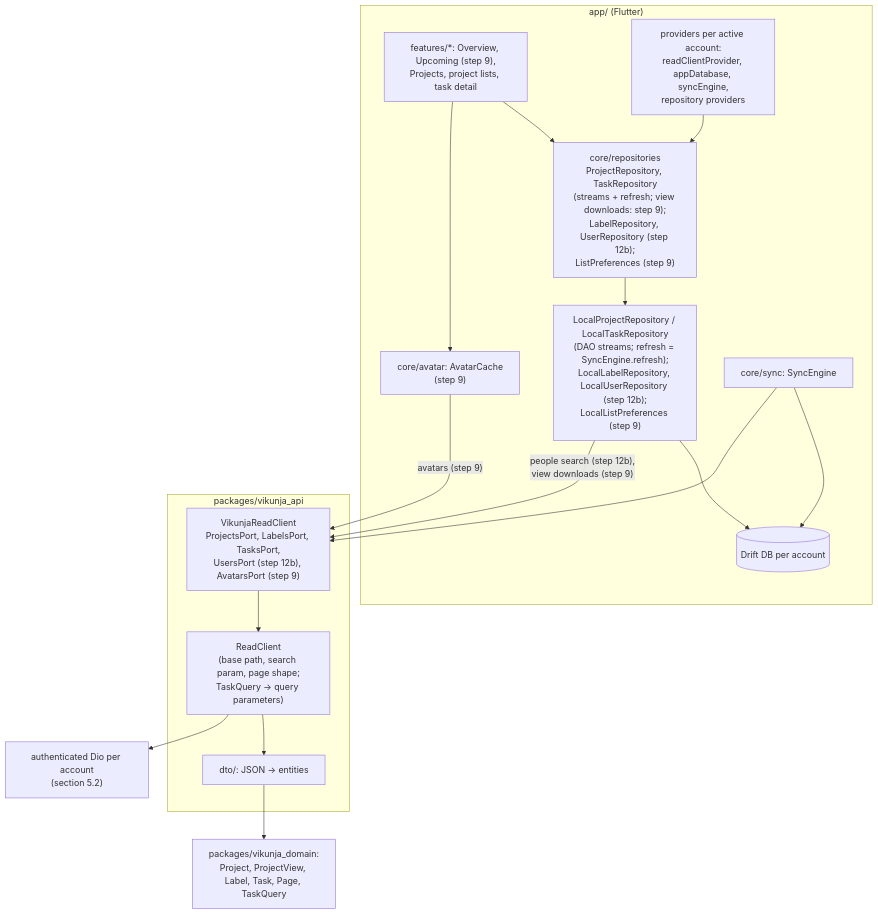
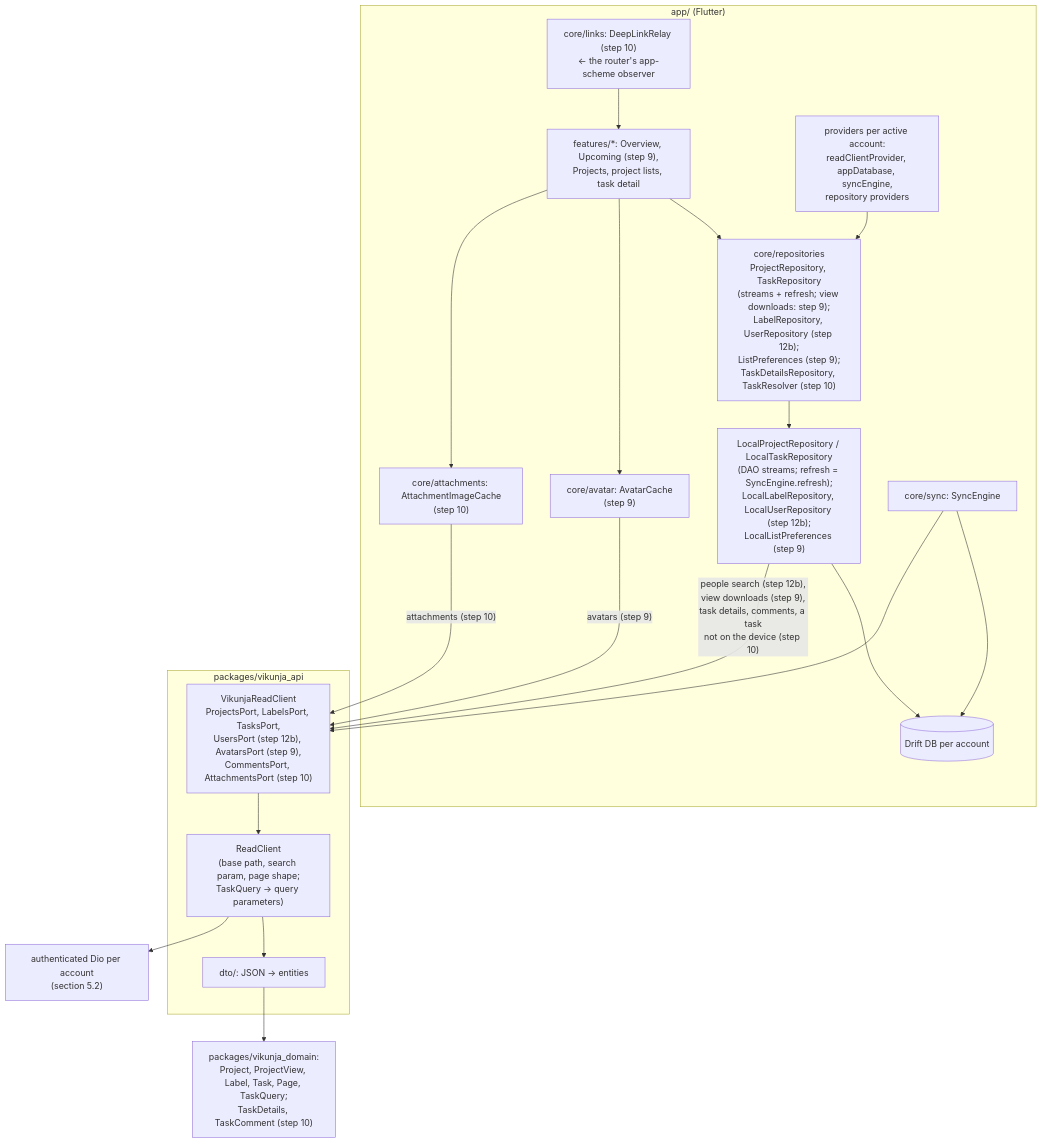
The fifth of 11 diagrams in docs/architecture.md (coderoftime/vikunja-app-ci-test), drawn with Mermaid before and after one commit. The commit also changed other lines of this file and 145 other files, not shown here.

First line of the commit message:
feat: complete task detail with rich text, attachments, comments and deep links

````diff
--- a/docs/architecture.md
+++ b/docs/architecture.md
@@ -404,20 +412,23 @@
 ```mermaid
 flowchart TD
   subgraph APP["app/ (Flutter)"]
-    UI["features/*: Overview, Upcoming (step 9),<br/>Projects, project lists, task detail"] --> REPO["core/repositories<br/>ProjectRepository, TaskRepository<br/>(streams + refresh; view downloads: step 9);<br/>LabelRepository, UserRepository (step 12b);<br/>ListPreferences (step 9)"]
+    UI["features/*: Overview, Upcoming (step 9),<br/>Projects, project lists, task detail"] --> REPO["core/repositories<br/>ProjectRepository, TaskRepository<br/>(streams + refresh; view downloads: step 9);<br/>LabelRepository, UserRepository (step 12b);<br/>ListPreferences (step 9);<br/>TaskDetailsRepository, TaskResolver (step 10)"]
     UI --> AVATARS["core/avatar: AvatarCache<br/>(step 9)"]
+    UI --> IMAGES["core/attachments: AttachmentImageCache<br/>(step 10)"]
+    LINKS["core/links: DeepLinkRelay (step 10)<br/>← the router's app-scheme observer"] --> UI
     PROV["providers per active account:<br/>readClientProvider, appDatabase, syncEngine,<br/>repository providers"] --> REPO
     REPO --> LOCAL["LocalProjectRepository / LocalTaskRepository<br/>(DAO streams; refresh = SyncEngine.refresh);<br/>LocalLabelRepository, LocalUserRepository (step 12b);<br/>LocalListPreferences (step 9)"]
     LOCAL --> DB[("Drift DB per account")]
     SYNC["core/sync: SyncEngine"] --> DB
   end
   subgraph API["packages/vikunja_api"]
-    PORTS["VikunjaReadClient<br/>ProjectsPort, LabelsPort, TasksPort,<br/>UsersPort (step 12b), AvatarsPort (step 9)"] --> RC["ReadClient<br/>(base path, search param, page shape;<br/>TaskQuery → query parameters)"]
+    PORTS["VikunjaReadClient<br/>ProjectsPort, LabelsPort, TasksPort,<br/>UsersPort (step 12b), AvatarsPort (step 9),<br/>CommentsPort, AttachmentsPort (step 10)"] --> RC["ReadClient<br/>(base path, search param, page shape;<br/>TaskQuery → query parameters)"]
     RC --> DTO["dto/: JSON → entities"]
   end
   SYNC --> PORTS
-  LOCAL -- "people search (step 12b),<br/>view downloads (step 9)" --> PORTS
+  LOCAL -- "people search (step 12b),<br/>view downloads (step 9),<br/>task details, comments, a task<br/>not on the device (step 10)" --> PORTS
   AVATARS -- "avatars (step 9)" --> PORTS
+  IMAGES -- "attachments (step 10)" --> PORTS
   RC --> DIO["authenticated Dio per account<br/>(section 5.2)"]
-  DTO --> DOM["packages/vikunja_domain:<br/>Project, ProjectView, Label, Task, Page, TaskQuery"]
+  DTO --> DOM["packages/vikunja_domain:<br/>Project, ProjectView, Label, Task, Page, TaskQuery;<br/>TaskDetails, TaskComment (step 10)"]
 ```
````
